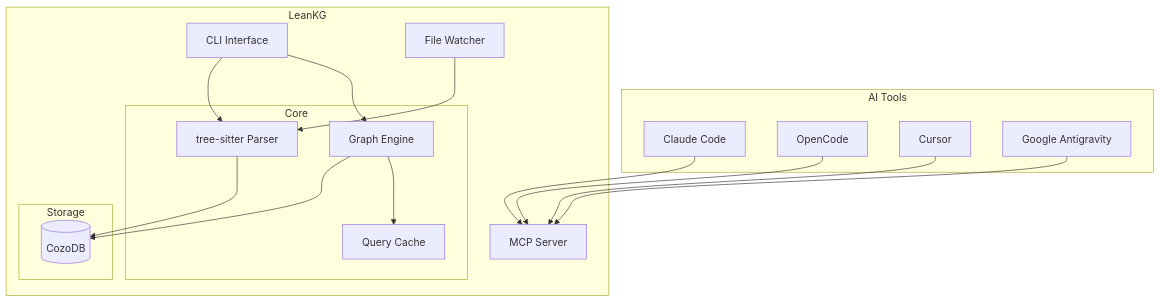
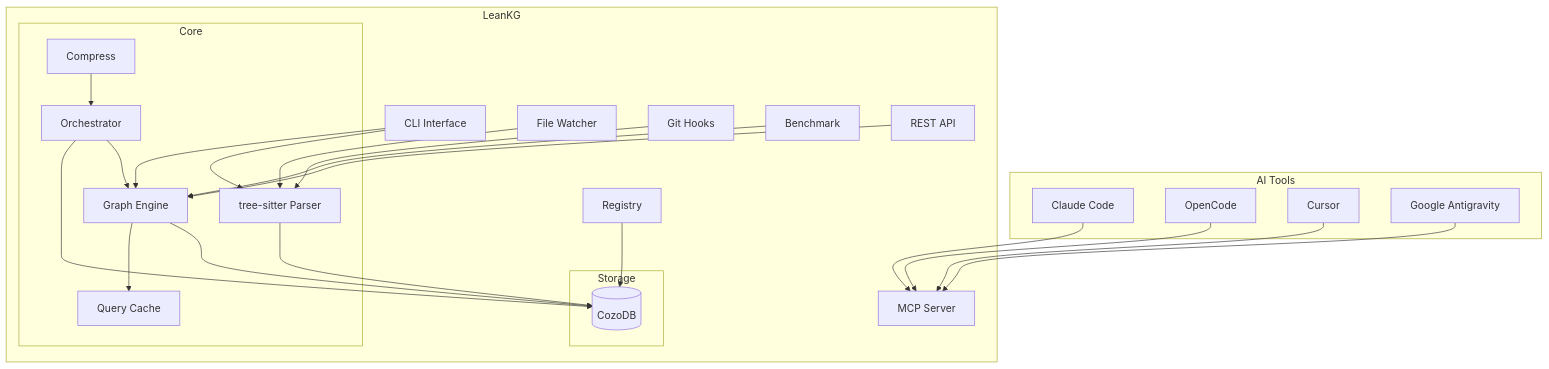
Before and after one commit to FreePeak/LeanKG: the diagram in docs/tech-stack.md, drawn with Mermaid. The commit also changed other lines of this file and 40 other files, not shown here.

First line of the commit message:
docs: centralize to prd.md + erd.md, update all references, remove stale docs

````diff
--- a/docs/tech-stack.md
+++ b/docs/tech-stack.md
@@ -53,36 +69,49 @@
 ```mermaid
 graph TB
     subgraph "AI Tools"
         Claude[Claude Code]
         Open[OpenCode]
         Cursor[Cursor]
         Antigravity[Google Antigravity]
     end
 
     subgraph "LeanKG"
         CLI[CLI Interface]
         MCP[MCP Server]
         Watcher[File Watcher]
+        Hooks[Git Hooks]
+        Bench[Benchmark]
+        Registry[Registry]
+        API[REST API]
 
         subgraph "Core"
             Indexer[tree-sitter Parser]
             Graph[Graph Engine]
             Cache[Query Cache]
+            Orch[Orchestrator]
+            Compress[Compress]
         end
 
         subgraph "Storage"
             CozoDB[(CozoDB)]
         end
     end
 
     Claude --> MCP
     Open --> MCP
     Cursor --> MCP
     Antigravity --> MCP
     CLI --> Indexer
     CLI --> Graph
     Watcher --> Indexer
+    Hooks --> Indexer
     Indexer --> CozoDB
     Graph --> CozoDB
     Graph --> Cache
+    Orch --> Graph
+    Orch --> CozoDB
+    Compress --> Orch
+    Bench --> Graph
+    Registry --> CozoDB
+    API --> Graph
 ```
````
